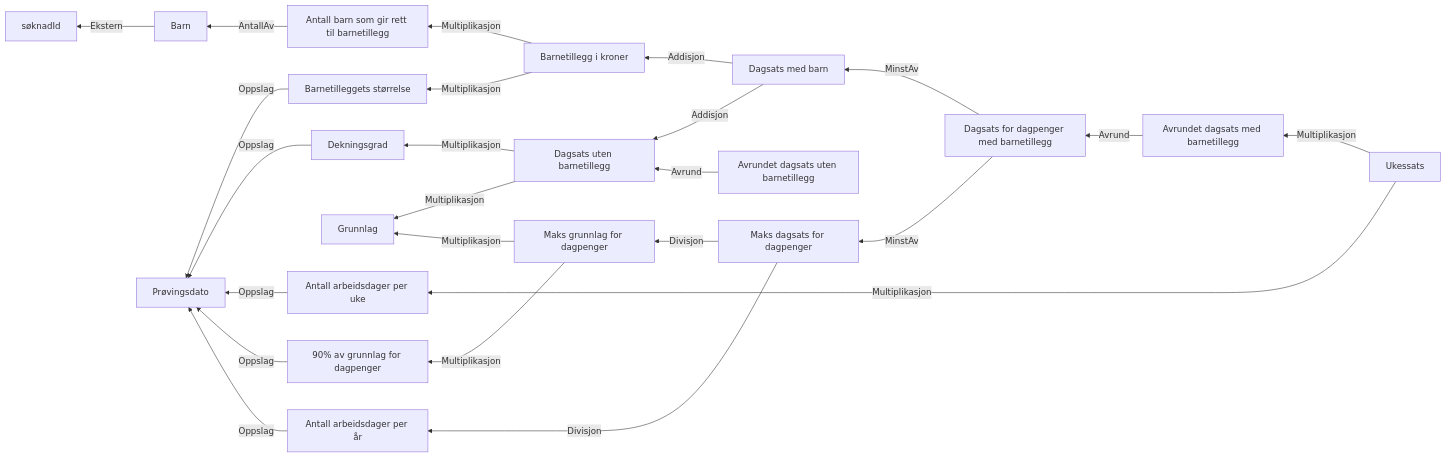
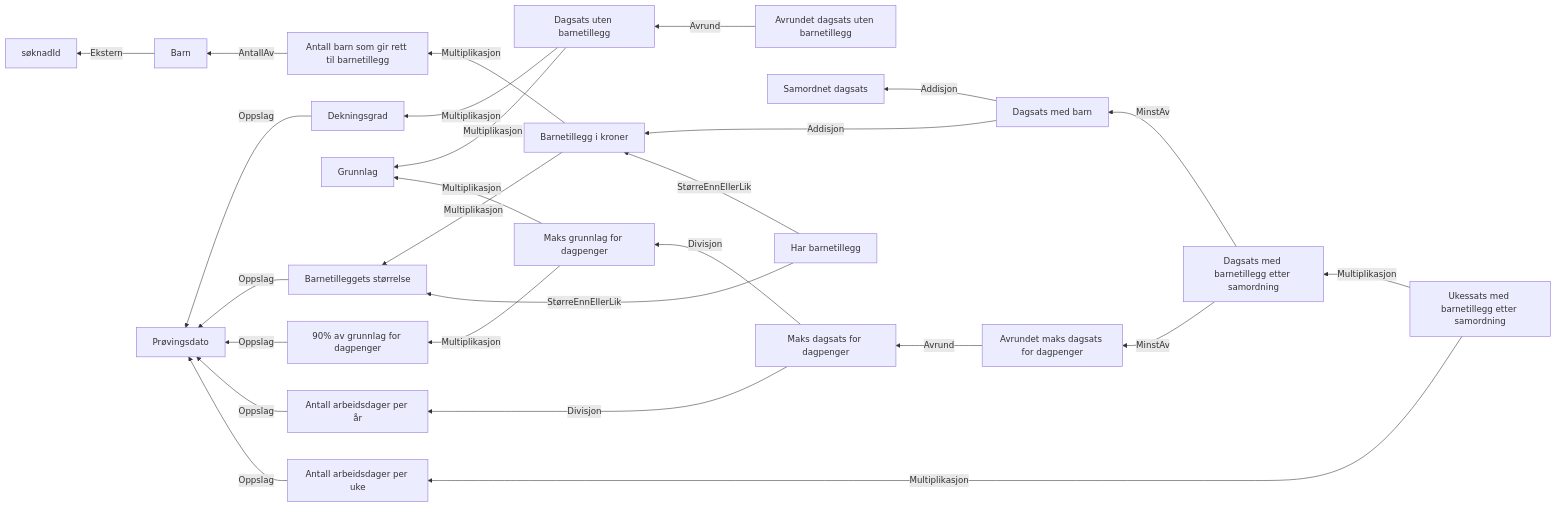
Before and after one commit to navikt/dp-vedtak: the diagram in docs/regler/§ 4-12. Dagpengenes størrelse.approved.md, drawn with Mermaid. The commit also changed other lines of this file and 20 other files, not shown here.

````diff
--- a/docs/regler/§ 4-12. Dagpengenes størrelse.approved.md
+++ b/docs/regler/§ 4-12. Dagpengenes størrelse.approved.md
@@ -5,26 +5,28 @@
 ```mermaid
 graph RL
   A["Barn"] -->|"Ekstern"| B["søknadId"]
   C["Antall barn som gir rett til barnetillegg"] -->|"AntallAv"| A["Barn"]
-  D["Barnetilleggets størrelse"] -->|"Oppslag"| E["Prøvingsdato"]
-  F["Dekningsgrad"] -->|"Oppslag"| E["Prøvingsdato"]
-  G["Dagsats uten barnetillegg"] -->|"Multiplikasjon"| H["Grunnlag"]
-  G["Dagsats uten barnetillegg"] -->|"Multiplikasjon"| F["Dekningsgrad"]
-  I["Barnetillegg i kroner"] -->|"Multiplikasjon"| D["Barnetilleggets størrelse"]
-  I["Barnetillegg i kroner"] -->|"Multiplikasjon"| C["Antall barn som gir rett til barnetillegg"]
-  J["Dagsats med barn"] -->|"Addisjon"| G["Dagsats uten barnetillegg"]
-  J["Dagsats med barn"] -->|"Addisjon"| I["Barnetillegg i kroner"]
-  K["Antall arbeidsdager per uke"] -->|"Oppslag"| E["Prøvingsdato"]
-  L["90% av grunnlag for dagpenger"] -->|"Oppslag"| E["Prøvingsdato"]
-  M["Antall arbeidsdager per år"] -->|"Oppslag"| E["Prøvingsdato"]
-  N["Maks grunnlag for dagpenger"] -->|"Multiplikasjon"| H["Grunnlag"]
-  N["Maks grunnlag for dagpenger"] -->|"Multiplikasjon"| L["90% av grunnlag for dagpenger"]
-  O["Maks dagsats for dagpenger"] -->|"Divisjon"| N["Maks grunnlag for dagpenger"]
-  O["Maks dagsats for dagpenger"] -->|"Divisjon"| M["Antall arbeidsdager per år"]
-  P["Dagsats for dagpenger med barnetillegg"] -->|"MinstAv"| O["Maks dagsats for dagpenger"]
-  P["Dagsats for dagpenger med barnetillegg"] -->|"MinstAv"| J["Dagsats med barn"]
-  Q["Avrundet dagsats med barnetillegg"] -->|"Avrund"| P["Dagsats for dagpenger med barnetillegg"]
-  R["Avrundet dagsats uten barnetillegg"] -->|"Avrund"| G["Dagsats uten barnetillegg"]
-  S["Ukessats"] -->|"Multiplikasjon"| Q["Avrundet dagsats med barnetillegg"]
-  S["Ukessats"] -->|"Multiplikasjon"| K["Antall arbeidsdager per uke"]
+  D["Dekningsgrad"] -->|"Oppslag"| E["Prøvingsdato"]
+  F["Dagsats uten barnetillegg"] -->|"Multiplikasjon"| G["Grunnlag"]
+  F["Dagsats uten barnetillegg"] -->|"Multiplikasjon"| D["Dekningsgrad"]
+  H["Avrundet dagsats uten barnetillegg"] -->|"Avrund"| F["Dagsats uten barnetillegg"]
+  I["Barnetilleggets størrelse"] -->|"Oppslag"| E["Prøvingsdato"]
+  J["Barnetillegg i kroner"] -->|"Multiplikasjon"| I["Barnetilleggets størrelse"]
+  J["Barnetillegg i kroner"] -->|"Multiplikasjon"| C["Antall barn som gir rett til barnetillegg"]
+  K["Dagsats med barn"] -->|"Addisjon"| L["Samordnet dagsats"]
+  K["Dagsats med barn"] -->|"Addisjon"| J["Barnetillegg i kroner"]
+  M["90% av grunnlag for dagpenger"] -->|"Oppslag"| E["Prøvingsdato"]
+  N["Antall arbeidsdager per år"] -->|"Oppslag"| E["Prøvingsdato"]
+  O["Maks grunnlag for dagpenger"] -->|"Multiplikasjon"| G["Grunnlag"]
+  O["Maks grunnlag for dagpenger"] -->|"Multiplikasjon"| M["90% av grunnlag for dagpenger"]
+  P["Maks dagsats for dagpenger"] -->|"Divisjon"| O["Maks grunnlag for dagpenger"]
+  P["Maks dagsats for dagpenger"] -->|"Divisjon"| N["Antall arbeidsdager per år"]
+  Q["Avrundet maks dagsats for dagpenger"] -->|"Avrund"| P["Maks dagsats for dagpenger"]
+  R["Dagsats med barnetillegg etter samordning"] -->|"MinstAv"| Q["Avrundet maks dagsats for dagpenger"]
+  R["Dagsats med barnetillegg etter samordning"] -->|"MinstAv"| K["Dagsats med barn"]
+  S["Antall arbeidsdager per uke"] -->|"Oppslag"| E["Prøvingsdato"]
+  T["Ukessats med barnetillegg etter samordning"] -->|"Multiplikasjon"| R["Dagsats med barnetillegg etter samordning"]
+  T["Ukessats med barnetillegg etter samordning"] -->|"Multiplikasjon"| S["Antall arbeidsdager per uke"]
+  U["Har barnetillegg"] -->|"StørreEnnEllerLik"| J["Barnetillegg i kroner"]
+  U["Har barnetillegg"] -->|"StørreEnnEllerLik"| I["Barnetilleggets størrelse"]
 ```
````
